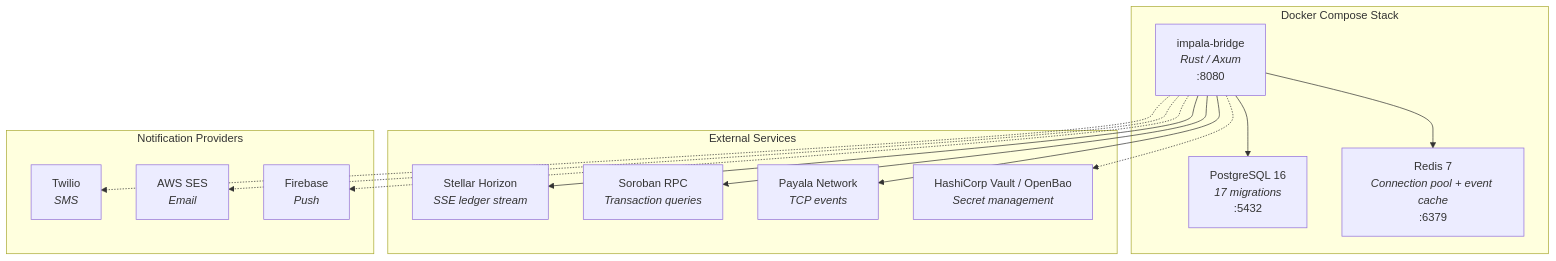
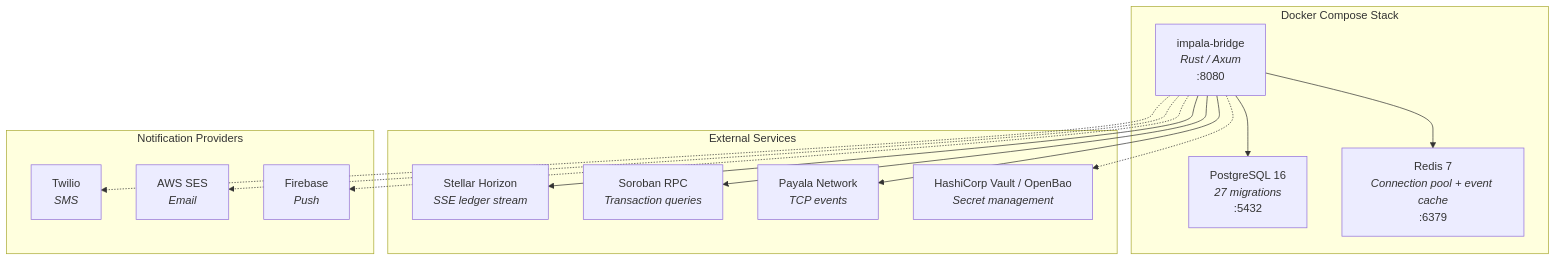
One commit to Financial-Empowerment-Partners/impala changed the tenth of 14 diagrams in ARCHITECTURE.md. Above: the diagram before and after it, drawn with Mermaid. The commit also changed other lines of this file and 11 other files, not shown here.

````diff
--- a/ARCHITECTURE.md
+++ b/ARCHITECTURE.md
@@ -909,31 +907,31 @@
 ```mermaid
 graph TB
     subgraph DockerCompose["Docker Compose Stack"]
         BridgeContainer["impala-bridge<br/><i>Rust / Axum</i><br/>:8080"]
-        PGContainer["PostgreSQL 16<br/><i>17 migrations</i><br/>:5432"]
+        PGContainer["PostgreSQL 16<br/><i>27 migrations</i><br/>:5432"]
         RedisContainer["Redis 7<br/><i>Connection pool + event cache</i><br/>:6379"]
     end
 
     subgraph External["External Services"]
         Horizon["Stellar Horizon<br/><i>SSE ledger stream</i>"]
         SorobanRPC["Soroban RPC<br/><i>Transaction queries</i>"]
         PayalaTCP["Payala Network<br/><i>TCP events</i>"]
         VaultServer["HashiCorp Vault / OpenBao<br/><i>Secret management</i>"]
     end
 
     subgraph Notifications["Notification Providers"]
         Twilio["Twilio<br/><i>SMS</i>"]
         SES["AWS SES<br/><i>Email</i>"]
         FCMSvc["Firebase<br/><i>Push</i>"]
     end
 
     BridgeContainer --> PGContainer
     BridgeContainer --> RedisContainer
     BridgeContainer --> Horizon
     BridgeContainer --> SorobanRPC
     BridgeContainer --> PayalaTCP
     BridgeContainer -.-> VaultServer
     BridgeContainer -.-> Twilio
     BridgeContainer -.-> SES
     BridgeContainer -.-> FCMSvc
 ```
````
